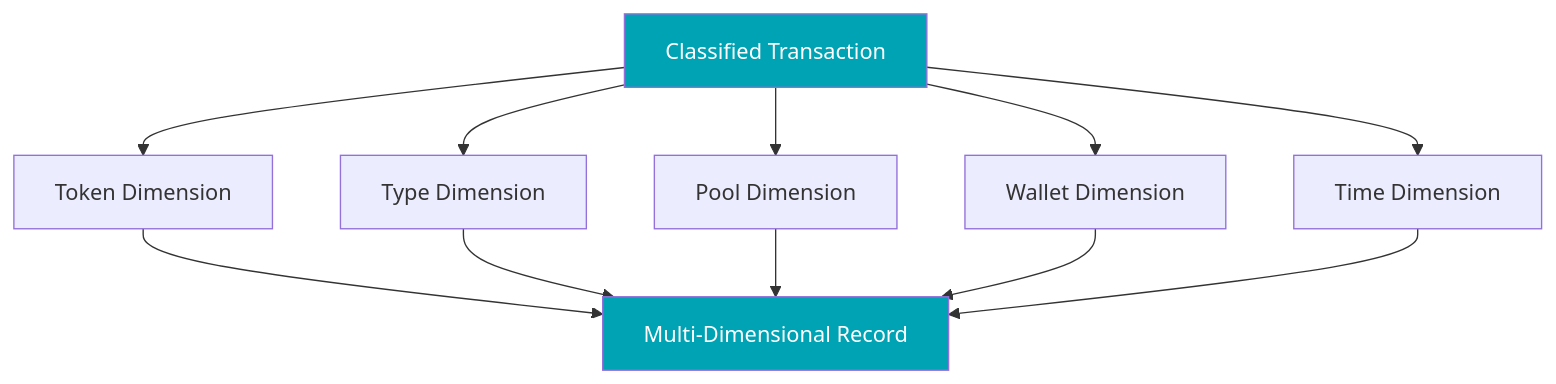
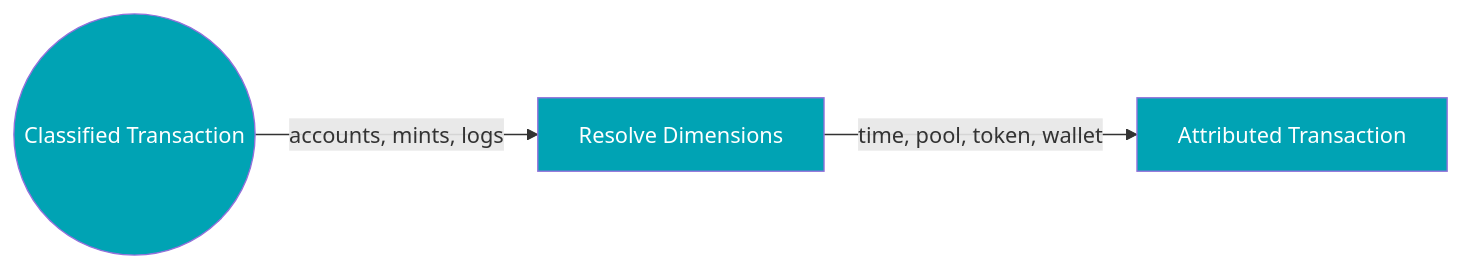
The fourth of 6 diagrams in docs/analysis/data-pipeline.mdx (karstenalytics/frontend), drawn with Mermaid before and after one commit. The commit also changed other lines of this file and 157 other files, not shown here.

````diff
--- a/docs/analysis/data-pipeline.mdx
+++ b/docs/analysis/data-pipeline.mdx
@@ -140,17 +127,10 @@
 ```mermaid
-graph TB
-    A[Classified Transaction] --> B[Token Dimension]
-    A --> C[Type Dimension]
-    A --> D[Pool Dimension]
-    A --> E[Wallet Dimension]
-    A --> F[Time Dimension]
-
-    B --> G[Multi-Dimensional Record]
-    C --> G
-    D --> G
-    E --> G
-    F --> G
+%%{init: {'flowchart': {'useMaxWidth': false}}}%%
+graph LR
+    A((Classified Transaction)) -->|accounts, mints, logs| B[Resolve Dimensions]
+    B -->|time, pool, token, wallet| C[Attributed Transaction]
 
     style A fill:#00A3B4,color:#fff
-    style G fill:#00A3B4,color:#fff
+    style B fill:#00A3B4,color:#fff
+    style C fill:#00A3B4,color:#fff
 ```
````
